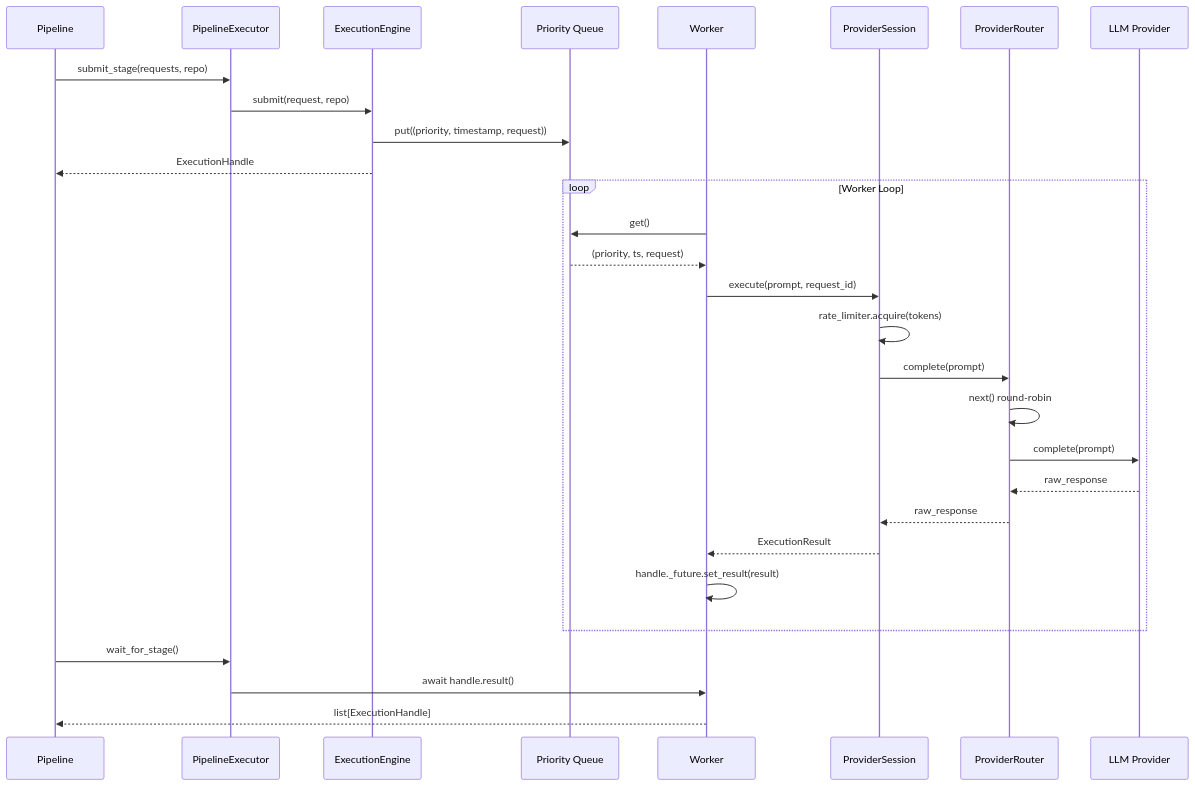
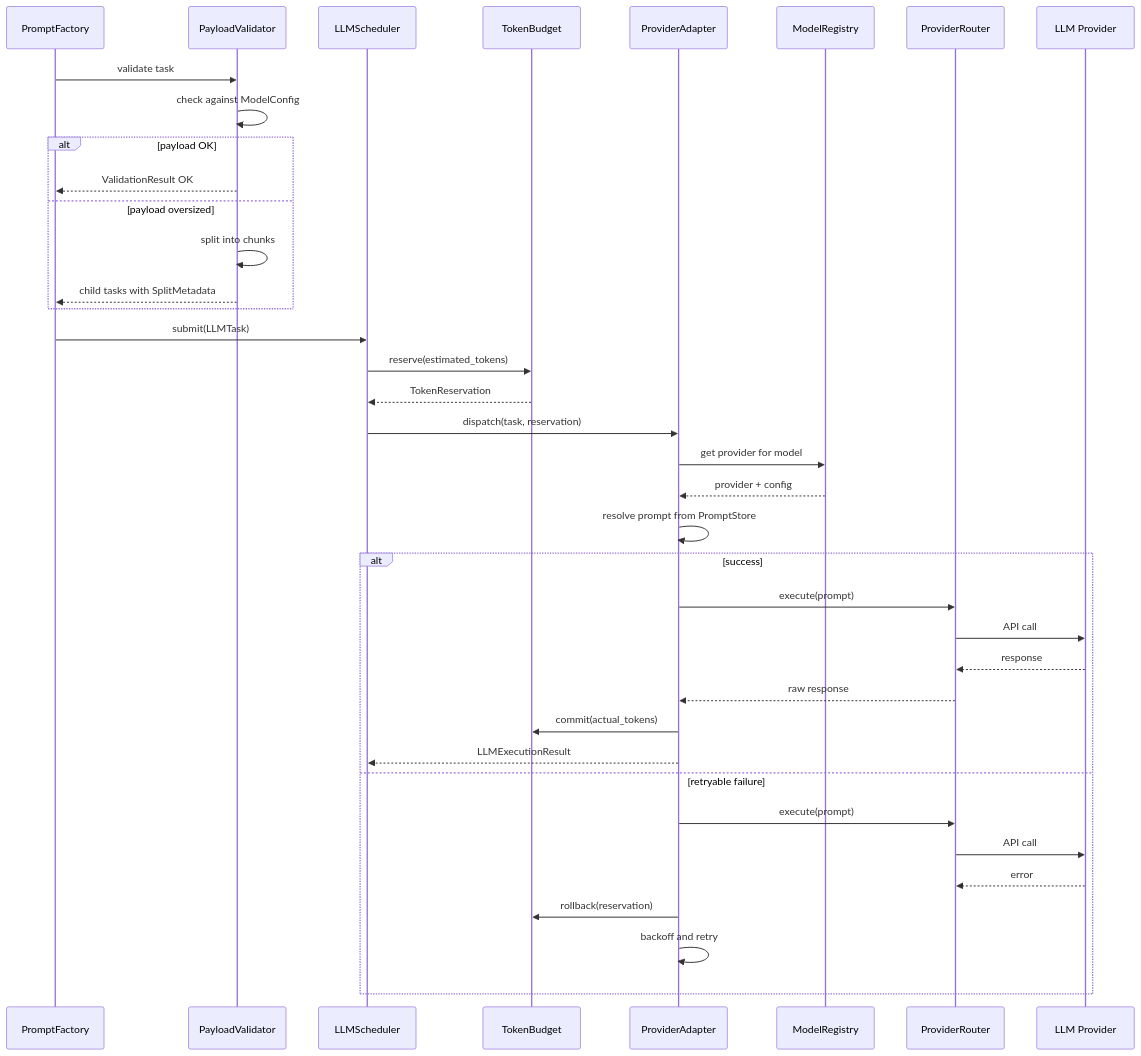
The seventh of 15 diagrams in README.md (samm329-ui/Trimora_v2), drawn with Mermaid before and after one commit. The commit also changed other lines of this file, not shown here.

Commit message:
Update README with LLM Scheduler architecture and fixed diagrams

````diff
--- a/README.md
+++ b/README.md
@@ -472,34 +531,43 @@
 ```mermaid
 sequenceDiagram
-    participant P as Pipeline
-    participant PE as PipelineExecutor
-    participant E as ExecutionEngine
-    participant Q as Priority Queue
-    participant W as Worker
-    participant S as ProviderSession
-    participant R as ProviderRouter
-    participant L as LLM Provider
+    participant PF as PromptFactory
+    participant PV as PayloadValidator
+    participant LS as LLMScheduler
+    participant TB as TokenBudget
+    participant PA as ProviderAdapter
+    participant MR as ModelRegistry
+    participant PR as ProviderRouter
+    participant LLM as LLM Provider
 
-    P->>PE: submit_stage(requests, repo)
-    PE->>E: submit(request, repo)
-    E->>Q: put((priority, timestamp, request))
-    E-->>P: ExecutionHandle
-
-    loop Worker Loop
-        W->>Q: get()
-        Q-->>W: (priority, ts, request)
-        W->>S: execute(prompt, request_id)
-        S->>S: rate_limiter.acquire(tokens)
-        S->>R: complete(prompt)
-        R->>R: next() round-robin
-        R->>L: complete(prompt)
-        L-->>R: raw_response
-        R-->>S: raw_response
-        S-->>W: ExecutionResult
-        W->>W: handle._future.set_result(result)
+    PF->>PV : validate task
+    PV->>PV : check against ModelConfig
+    alt payload OK
+        PV-->>PF : ValidationResult OK
+    else payload oversized
+        PV->>PV : split into chunks
+        PV-->>PF : child tasks with SplitMetadata
     end
 
-    P->>PE: wait_for_stage()
-    PE->>W: await handle.result()
-    W-->>P: list[ExecutionHandle]
+    PF->>LS : submit(LLMTask)
+    LS->>TB : reserve(estimated_tokens)
+    TB-->>LS : TokenReservation
+    LS->>PA : dispatch(task, reservation)
+    PA->>MR : get provider for model
+    MR-->>PA : provider + config
+    PA->>PA : resolve prompt from PromptStore
+
+    alt success
+        PA->>PR : execute(prompt)
+        PR->>LLM : API call
+        LLM-->>PR : response
+        PR-->>PA : raw response
+        PA->>TB : commit(actual_tokens)
+        PA-->>LS : LLMExecutionResult
+    else retryable failure
+        PA->>PR : execute(prompt)
+        PR->>LLM : API call
+        LLM-->>PR : error
+        PA->>TB : rollback(reservation)
+        PA->>PA : backoff and retry
+    end
 ```
````
